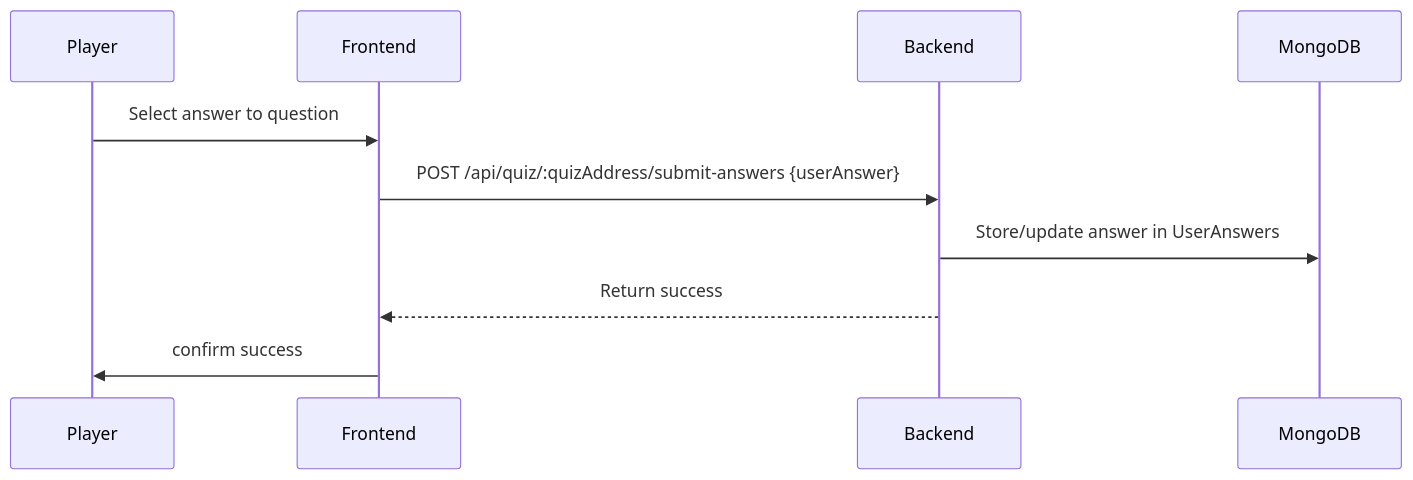
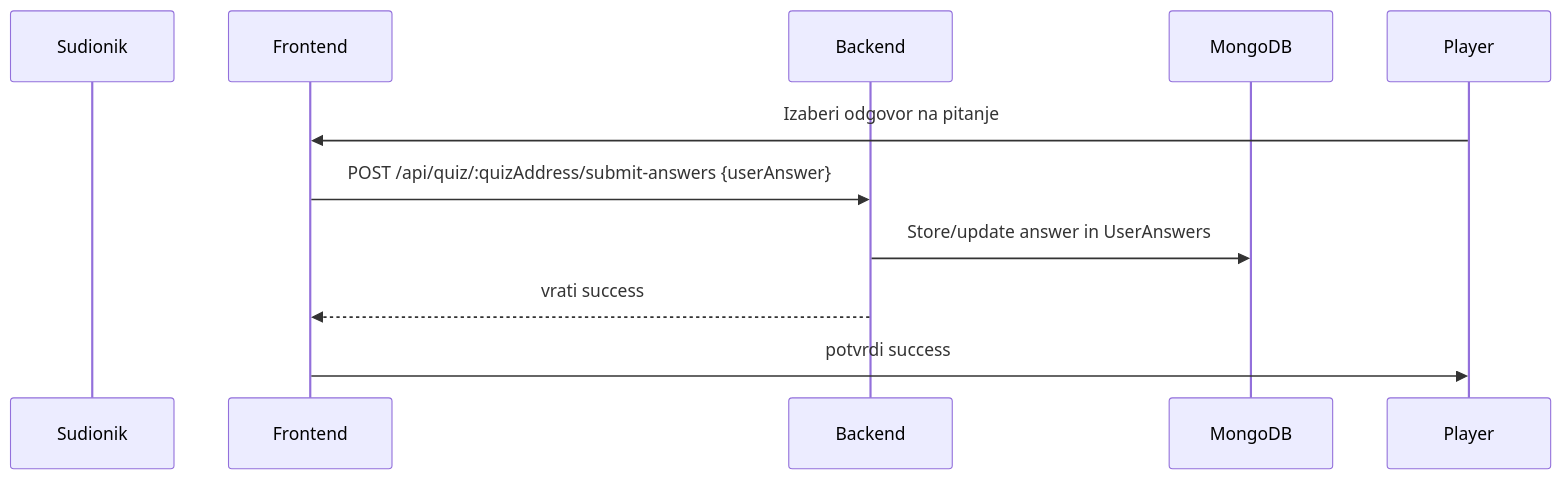
One commit to ian12-21/QuizApp-Frontend changed the fourth of 6 diagrams in README_Version3.md. Above: the diagram before and after it, drawn with Mermaid. The commit also changed other lines of this file, not shown here.

````diff
--- a/README_Version3.md
+++ b/README_Version3.md
@@ -67,13 +67,13 @@
 ```mermaid
 sequenceDiagram
-    participant Player
+    participant Sudionik
     participant Frontend
     participant Backend
     participant DB as MongoDB
 
-    Player->>Frontend: Select answer to question
+    Player->>Frontend: Izaberi odgovor na pitanje
     Frontend->>Backend: POST /api/quiz/:quizAddress/submit-answers {userAnswer}
     Backend->>DB: Store/update answer in UserAnswers
-    Backend-->>Frontend: Return success
-    Frontend->>Player: confirm success
+    Backend-->>Frontend: vrati success
+    Frontend->>Player: potvrdi success
 ```
````
